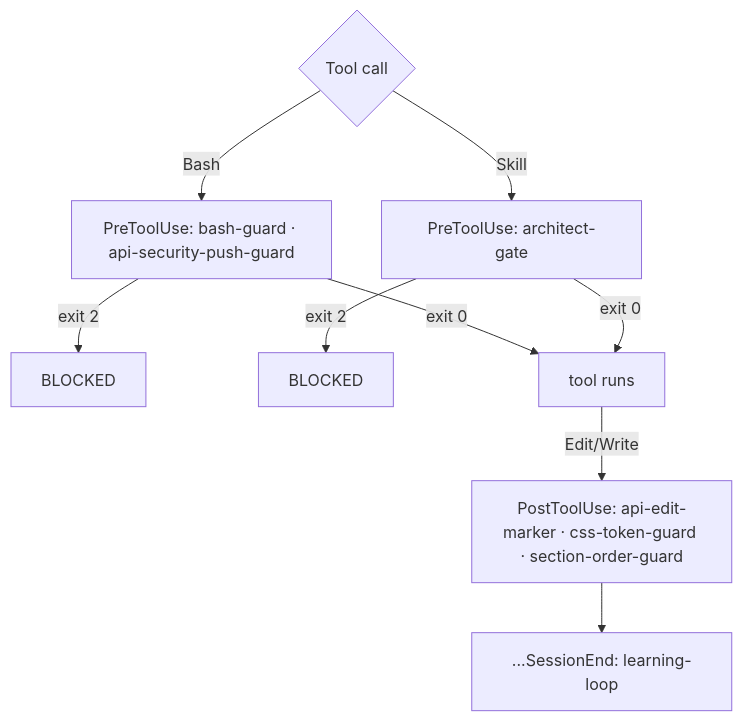
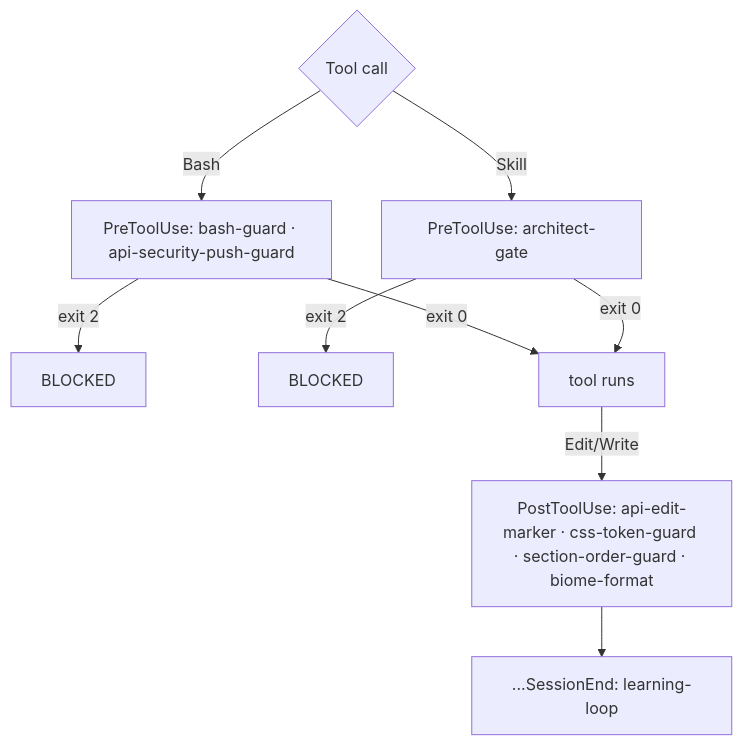
Before and after one commit to erikunha/portfolio: the fourth of 10 diagrams in docs/handbook/diagrams.md, drawn with Mermaid. The commit also changed 12 other files, not shown here.

Commit message:
docs: sync ARCHITECTURE, handbook & README to current code state (#203)

````diff
--- a/docs/handbook/diagrams.md
+++ b/docs/handbook/diagrams.md
@@ -59,11 +59,11 @@
 ```mermaid
 flowchart TD
     tool{Tool call} -->|Bash| pre1["PreToolUse: bash-guard · api-security-push-guard"]
     tool -->|Skill| pre2["PreToolUse: architect-gate"]
     pre1 -->|exit 2| x1["BLOCKED"]
     pre2 -->|exit 2| x2["BLOCKED"]
     pre1 -->|exit 0| run["tool runs"]
     pre2 -->|exit 0| run
-    run -->|Edit/Write| post["PostToolUse: api-edit-marker · css-token-guard · section-order-guard"]
+    run -->|Edit/Write| post["PostToolUse: api-edit-marker · css-token-guard · section-order-guard · biome-format"]
     post --> se["...SessionEnd: learning-loop"]
 ```
````
